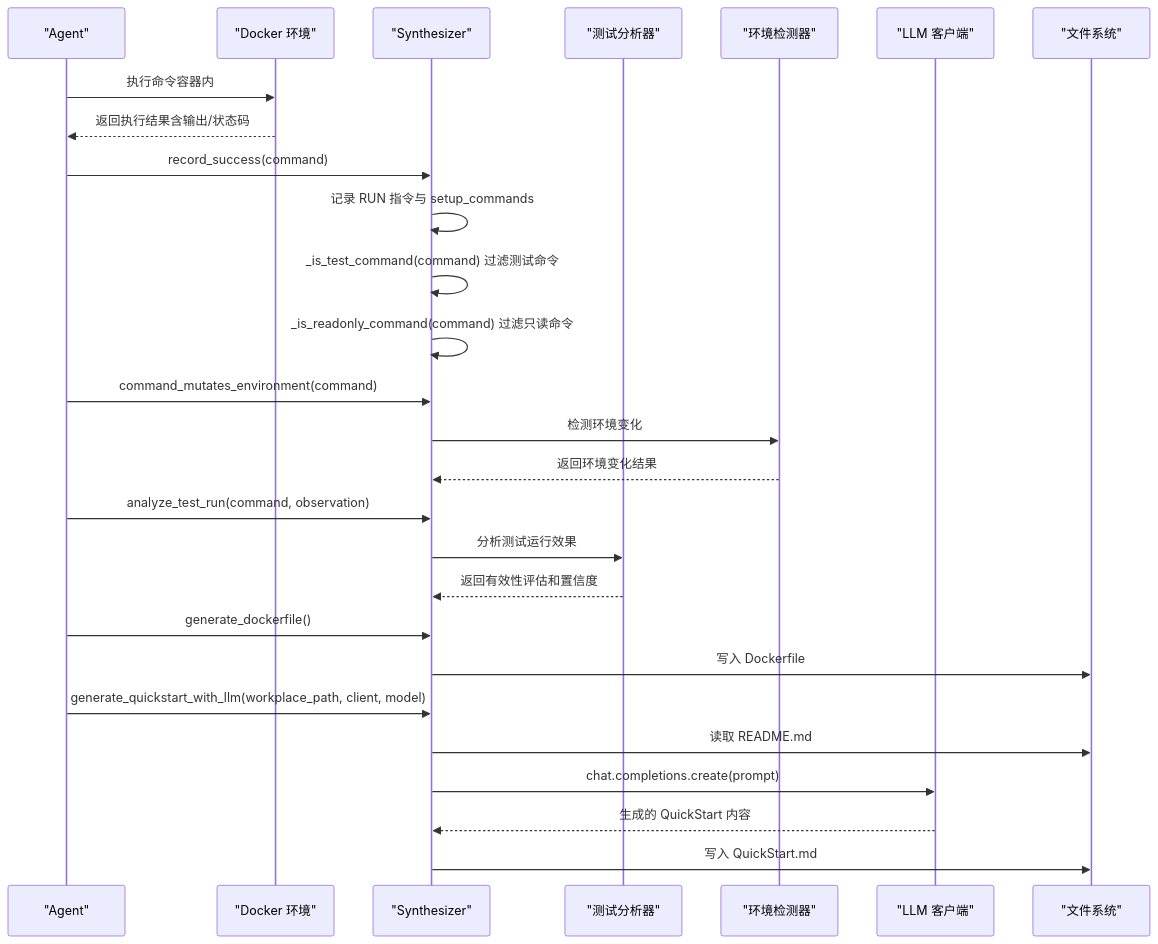
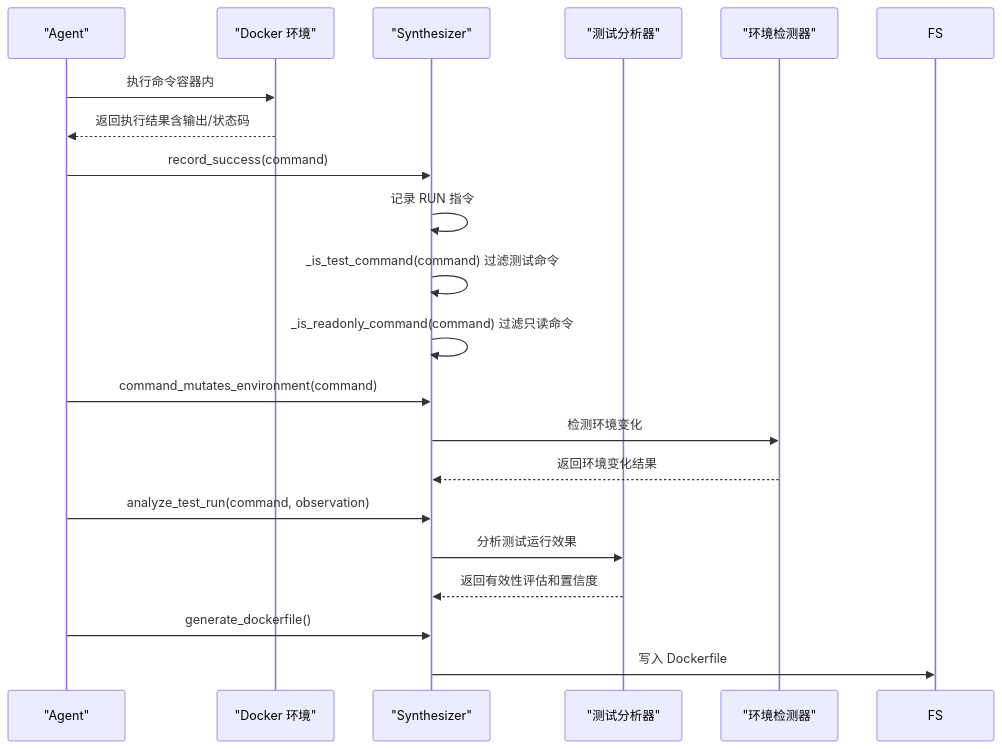
One commit to Jayint/Jayint-repo changed the second of 11 diagrams in .qoder/repowiki/zh/content/核心组件/Synthesizer 模块/Synthesizer 模块.md. Above: the diagram before and after it, drawn with Mermaid. The commit also changed other lines of this file and 398 other files, not shown here.

Commit message:
Refine environment setup agent and evaluation workflow

````diff
--- a/.qoder/repowiki/zh/content/核心组件/Synthesizer 模块/Synthesizer 模块.md
+++ b/.qoder/repowiki/zh/content/核心组件/Synthesizer 模块/Synthesizer 模块.md
@@ -110,29 +85,22 @@
 ```mermaid
 sequenceDiagram
 participant Agent as "Agent"
 participant Docker as "Docker 环境"
 participant Synth as "Synthesizer"
 participant TestAnalyzer as "测试分析器"
 participant EnvDetector as "环境检测器"
-participant LLM as "LLM 客户端"
-participant FS as "文件系统"
 Agent->>Docker : 执行命令容器内
 Docker-->>Agent : 返回执行结果含输出/状态码
 Agent->>Synth : record_success(command)
-Synth->>Synth : 记录 RUN 指令与 setup_commands
+Synth->>Synth : 记录 RUN 指令
 Synth->>Synth : _is_test_command(command) 过滤测试命令
 Synth->>Synth : _is_readonly_command(command) 过滤只读命令
 Agent->>Synth : command_mutates_environment(command)
 Synth->>EnvDetector : 检测环境变化
 EnvDetector-->>Synth : 返回环境变化结果
 Agent->>Synth : analyze_test_run(command, observation)
 Synth->>TestAnalyzer : 分析测试运行效果
 TestAnalyzer-->>Synth : 返回有效性评估和置信度
 Agent->>Synth : generate_dockerfile()
 Synth->>FS : 写入 Dockerfile
-Agent->>Synth : generate_quickstart_with_llm(workplace_path, client, model)
-Synth->>FS : 读取 README.md
-Synth->>LLM : chat.completions.create(prompt)
-LLM-->>Synth : 生成的 QuickStart 内容
-Synth->>FS : 写入 QuickStart.md
 ```
````
